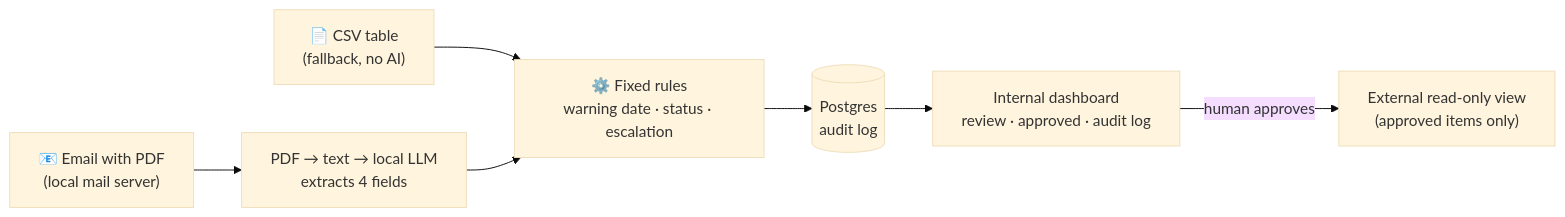
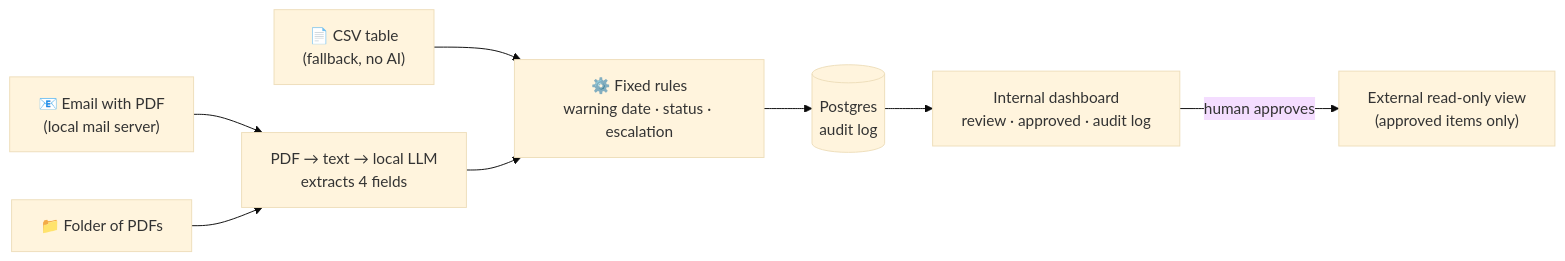
One commit to stepan-fil/ai-deadline-monitor changed the diagram in README.md. Above: the diagram before and after it, drawn with Mermaid (base theme). The commit also changed other lines of this file and 1 other file, not shown here.

Commit message:
Docs: no clickable localhost links, note there is no hosted demo, folder intake in diagram, neutral talk wording, explain decision-log IDs

````diff
--- a/README.md
+++ b/README.md
@@ -59,9 +61,10 @@
 ```mermaid
 flowchart LR
     A["📧 Email with PDF<br/>(local mail server)"] --> C
+    H["📁 Folder of PDFs"] --> C
     B["📄 CSV table<br/>(fallback, no AI)"] --> D
     C["PDF → text → local LLM<br/>extracts 4 fields"] --> D
     D["⚙️ Fixed rules<br/>warning date · status · escalation"] --> E[("Postgres<br/>audit log")]
     E --> F["Internal dashboard<br/>review · approved · audit log"]
     F -- "human approves" --> G["External read-only view<br/>(approved items only)"]
 ```
````
